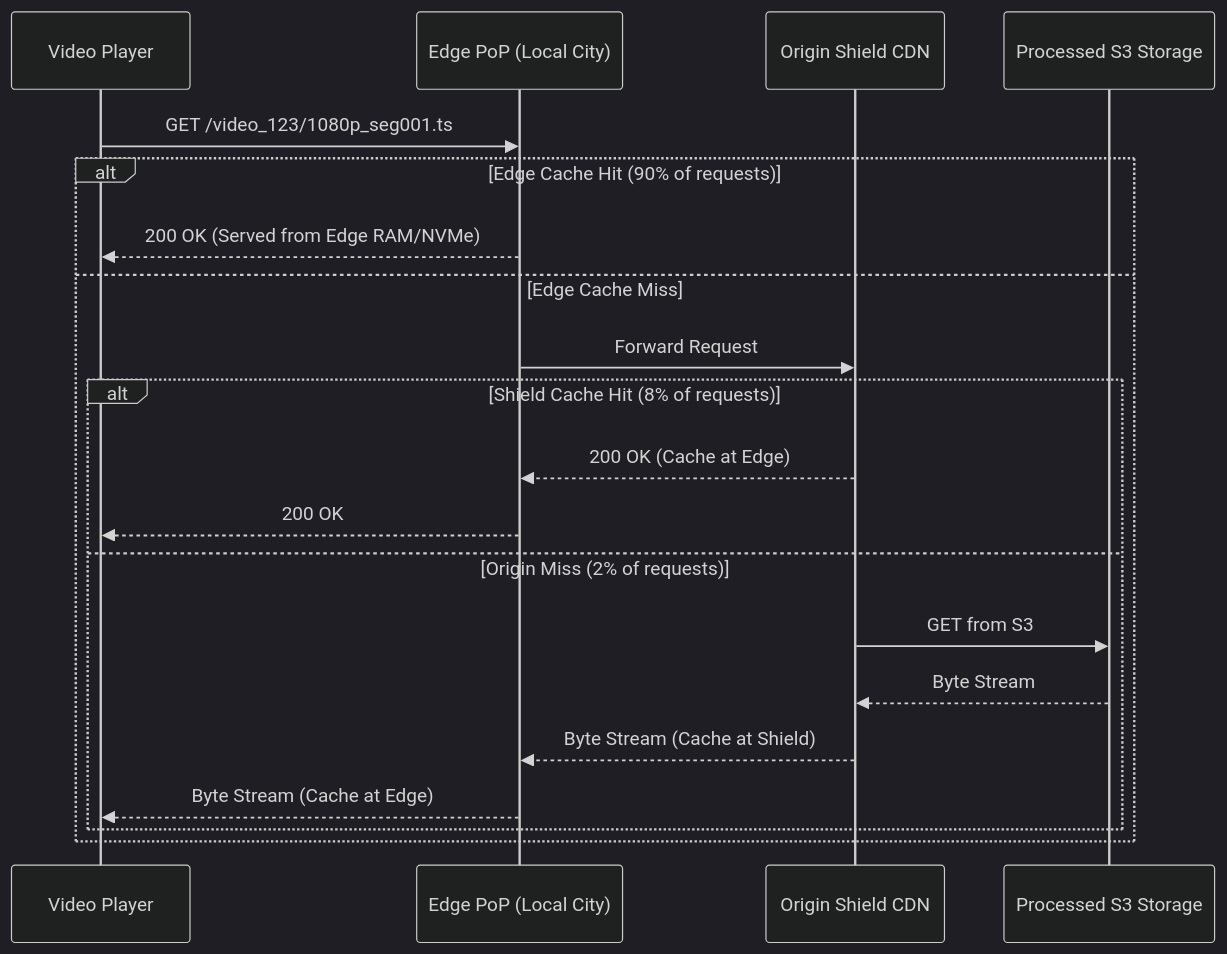
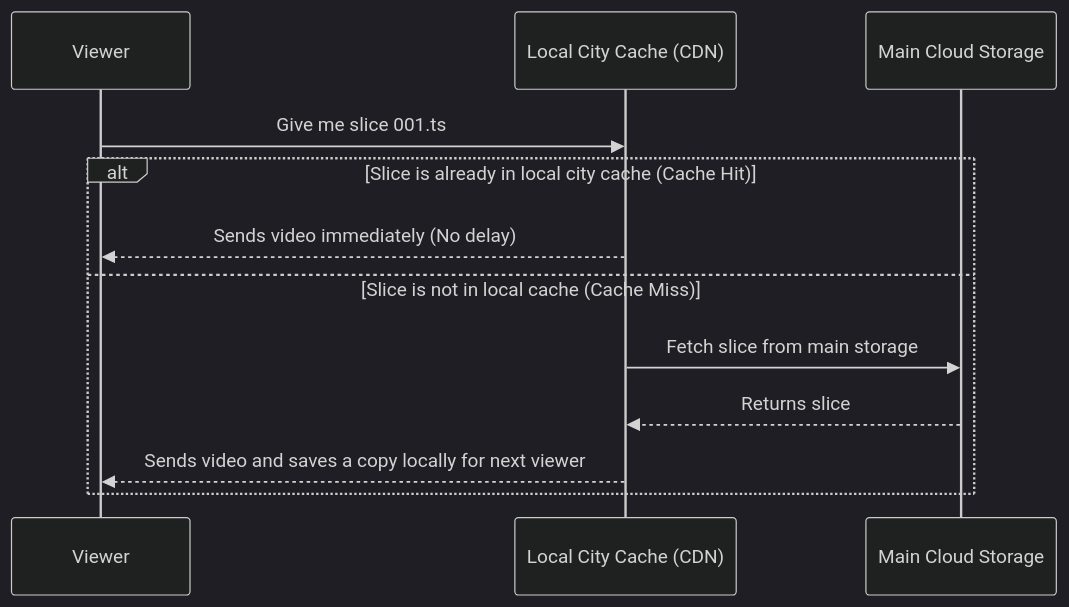
The third of 4 diagrams in docs/architecture.md (Rumman90/system-design-video-streaming), drawn with Mermaid (dark theme) before and after one commit. The commit also changed other lines of this file and 9 other files, not shown here.

````diff
--- a/docs/architecture.md
+++ b/docs/architecture.md
@@ -93,23 +89,15 @@
 ```mermaid
 sequenceDiagram
-    participant Client as Video Player
-    participant Edge as Edge PoP (Local City)
-    participant Shield as Origin Shield CDN
-    participant S3 as Processed S3 Storage
+    participant User as Viewer
+    participant LocalCDN as Local City Cache (CDN)
+    participant CloudStorage as Main Cloud Storage
 
-    Client->>Edge: GET /video_123/1080p_seg001.ts
-    alt Edge Cache Hit (90% of requests)
-        Edge-->>Client: 200 OK (Served from Edge RAM/NVMe)
-    else Edge Cache Miss
-        Edge->>Shield: Forward Request
-        alt Shield Cache Hit (8% of requests)
-            Shield-->>Edge: 200 OK (Cache at Edge)
-            Edge-->>Client: 200 OK
-        else Origin Miss (2% of requests)
-            Shield->>S3: GET from S3
-            S3-->>Shield: Byte Stream
-            Shield-->>Edge: Byte Stream (Cache at Shield)
-            Edge-->>Client: Byte Stream (Cache at Edge)
-        end
+    User->>LocalCDN: Give me slice 001.ts
+    alt Slice is already in local city cache (Cache Hit)
+        LocalCDN-->>User: Sends video immediately (No delay)
+    else Slice is not in local cache (Cache Miss)
+        LocalCDN->>CloudStorage: Fetch slice from main storage
+        CloudStorage-->>LocalCDN: Returns slice
+        LocalCDN-->>User: Sends video and saves a copy locally for next viewer
     end
 ```
````
